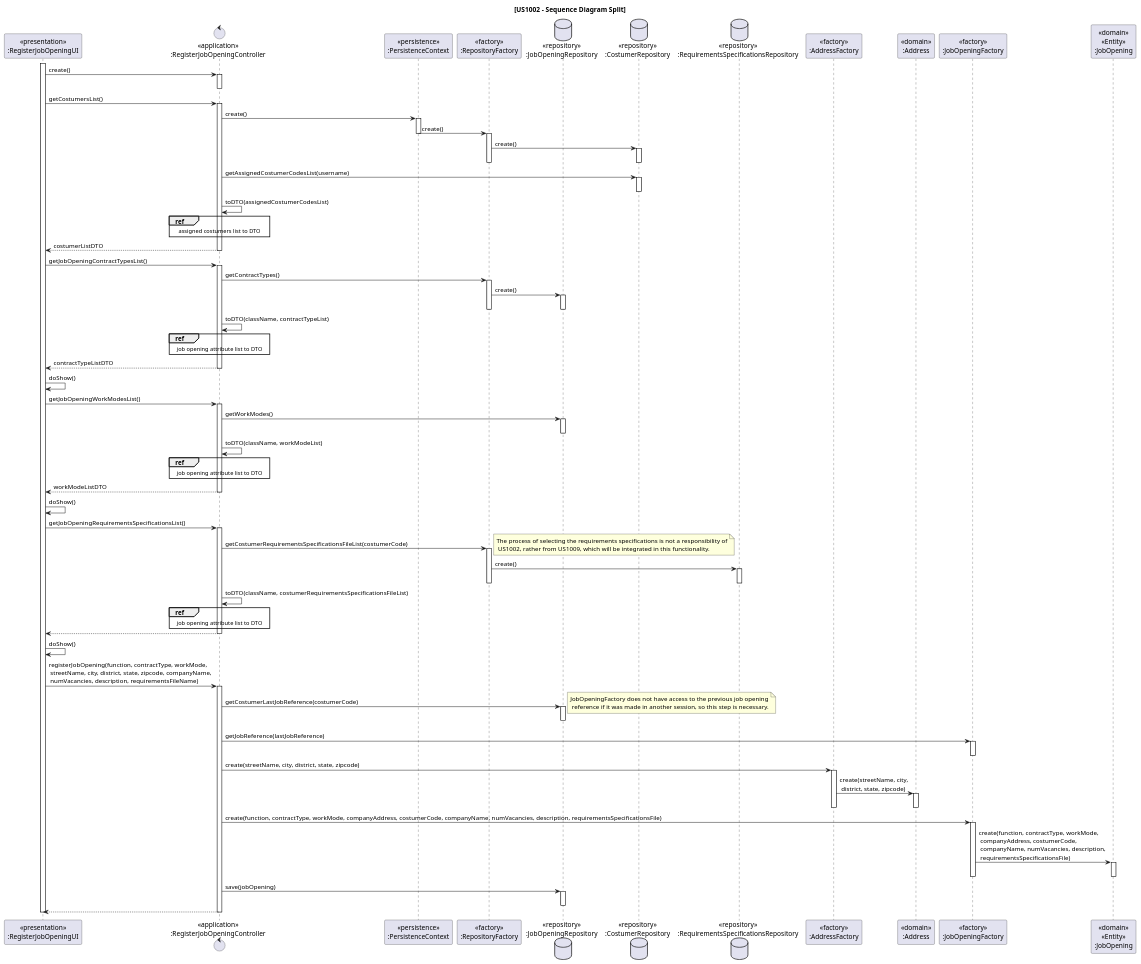
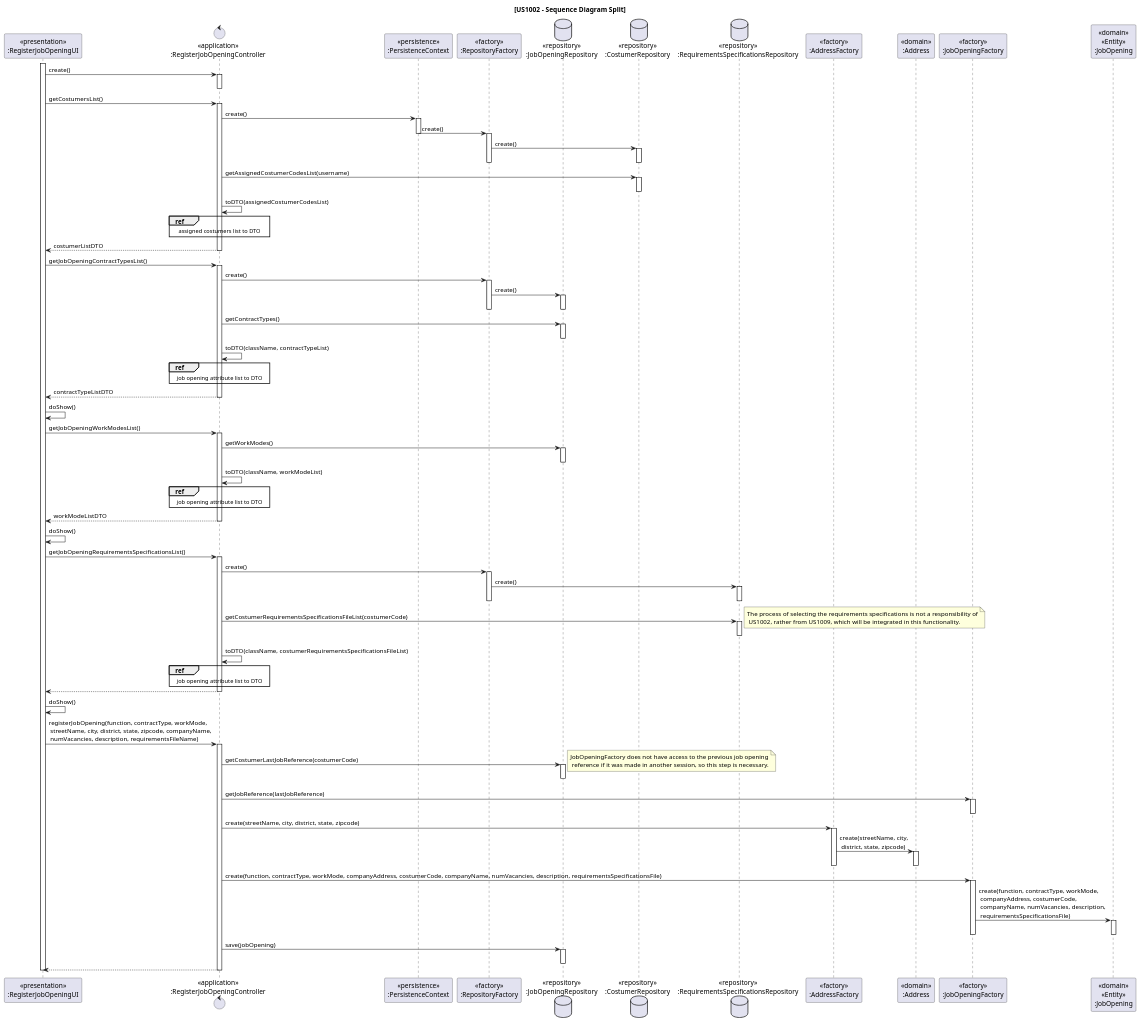
One commit to rita-barbosa/LAPR4-2324 changed the diagram in docs/sb_us_1002/US1002_SD/us1002_sd.puml. Above: the diagram before and after it, drawn with PlantUML. The commit also changed 8 other files, not shown here.

```diff
--- a/docs/sb_us_1002/US1002_SD/us1002_sd.puml
+++ b/docs/sb_us_1002/US1002_SD/us1002_sd.puml
@@ -1,184 +1,188 @@
 @startuml US1002_SD
 
 title [US1002 - Sequence Diagram Split]
 
 participant "<<presentation>>\n:RegisterJobOpeningUI" as UI
 control "<<application>>\n:RegisterJobOpeningController" as CTRL
 participant "<<persistence>>\n:PersistenceContext" as Persistence
 participant "<<factory>>\n:RepositoryFactory" as RepositoryFactory
 database "<<repository>>\n:JobOpeningRepository" as JobOpeningRepository
 database "<<repository>>\n:CostumerRepository" as CostumerRepository
 database "<<repository>>\n:RequirementsSpecificationsRepository" as RequirementsSpecificationsRepository
 participant "<<factory>>\n:AddressFactory" as AddressFactory
 participant "<<domain>>\n:Address" as Address
 participant "<<factory>>\n:JobOpeningFactory" as JobOpeningFactory
 participant "<<domain>>\n<<Entity>>\n:JobOpening" as JobOpening
 
 
 activate UI
 
 UI -> CTRL : create()
 
 activate CTRL
 deactivate CTRL
 
 UI -> CTRL : getCostumersList()
 activate CTRL
 
 CTRL -> Persistence : create()
 
     activate Persistence
 
     Persistence -> RepositoryFactory : create()
     deactivate Persistence
 
     activate RepositoryFactory
 
         RepositoryFactory -> CostumerRepository : create()
         activate CostumerRepository
         deactivate CostumerRepository
 
     deactivate RepositoryFactory
 
     CTRL -> CostumerRepository : getAssignedCostumerCodesList(username)
     activate CostumerRepository
     deactivate CostumerRepository
 
     CTRL -> CTRL : toDTO(assignedCostumerCodesList)
     ref over CTRL
         assigned costumers list to DTO
     end ref
 
     CTRL --> UI : costumerListDTO
 
 deactivate CTRL
 
 UI -> CTRL : getJobOpeningContractTypesList()
 
 'Getting the Contract Type
 activate CTRL
 
 
-   CTRL -> RepositoryFactory : getContractTypes()
+   CTRL -> RepositoryFactory : create()
   activate RepositoryFactory
 
         RepositoryFactory -> JobOpeningRepository : create()
         activate JobOpeningRepository
         deactivate JobOpeningRepository
 
   deactivate RepositoryFactory
 
-
-'    activate JobOpeningRepository
-'    deactivate JobOpeningRepository
+  CTRL -> JobOpeningRepository : getContractTypes()
+    activate JobOpeningRepository
+    deactivate JobOpeningRepository
 
     CTRL -> CTRL : toDTO(className, contractTypeList)
 
     ref over CTRL
         job opening attribute list to DTO
     end ref
 
     CTRL --> UI : contractTypeListDTO
 
 deactivate CTRL
 
 UI -> UI : doShow()
 
 'Getting the Work Mode
 UI -> CTRL : getJobOpeningWorkModesList()
 
 activate CTRL
 
     CTRL -> JobOpeningRepository : getWorkModes()
     activate JobOpeningRepository
     deactivate JobOpeningRepository
 
     CTRL -> CTRL : toDTO(className, workModeList)
     ref over CTRL
         job opening attribute list to DTO
     end ref
 
     CTRL --> UI : workModeListDTO
 
 deactivate CTRL
 
 UI -> UI : doShow()
 
 
 UI -> CTRL : getJobOpeningRequirementsSpecificationsList()
 
 'Getting Costumer ID
 activate CTRL
 
     'Getting the requirements specifications made for specified costumer
-    CTRL -> RepositoryFactory : getCostumerRequirementsSpecificationsFileList(costumerCode)
-    note right: The process of selecting the requirements specifications is not a responsibility of\n US1002, rather from US1009, which will be integrated in this functionality.
+    CTRL -> RepositoryFactory : create()
 
     activate RepositoryFactory
 
     RepositoryFactory -> RequirementsSpecificationsRepository : create()
     activate RequirementsSpecificationsRepository
     deactivate RequirementsSpecificationsRepository
 
     deactivate RepositoryFactory
+
+    CTRL -> RequirementsSpecificationsRepository : getCostumerRequirementsSpecificationsFileList(costumerCode)
+    note right: The process of selecting the requirements specifications is not a responsibility of\n US1002, rather from US1009, which will be integrated in this functionality.
+    activate RequirementsSpecificationsRepository
+    deactivate RequirementsSpecificationsRepository
 
     CTRL -> CTRL : toDTO(className, costumerRequirementsSpecificationsFileList)
     ref over CTRL
         job opening attribute list to DTO
     end ref
 
 
     CTRL --> UI
 
 deactivate CTRL
 
 UI -> UI : doShow()
 
 UI -> CTRL : registerJobOpening(function, contractType, workMode,\n streetName, city, district, state, zipcode, companyName,\n numVacancies, description, requirementsFileName)
 
 'Register a new Job Opening
 activate CTRL
 
     'Generate new job reference (sequential)
     CTRL -> JobOpeningRepository : getCostumerLastJobReference(costumerCode)
     note right: JobOpeningFactory does not have access to the previous job opening\n reference if it was made in another session, so this step is necessary.
     activate JobOpeningRepository
     deactivate JobOpeningRepository
 
     CTRL -> JobOpeningFactory : getJobReference(lastJobReference)
     activate JobOpeningFactory
     deactivate JobOpeningFactory
 
     'Address Encapsulation
     CTRL -> AddressFactory : create(streetName, city, district, state, zipcode)
 
     activate AddressFactory
 
     AddressFactory -> Address : create(streetName, city,\n district, state, zipcode)
     activate Address
     deactivate Address
 
     deactivate AddressFactory
 
     'Job Opening Encapsulation
     CTRL -> JobOpeningFactory : create(function, contractType, workMode, companyAddress, costumerCode, companyName, numVacancies, description, requirementsSpecificationsFile)
 
     activate JobOpeningFactory
 
     JobOpeningFactory -> JobOpening : create(function, contractType, workMode,\n companyAddress, costumerCode,\n companyName, numVacancies, description,\n requirementsSpecificationsFile)
     activate JobOpening
     deactivate JobOpening
 
     deactivate JobOpeningFactory
 
     CTRL -> JobOpeningRepository : save(jobOpening)
     activate JobOpeningRepository
     deactivate JobOpeningRepository
 
     CTRL --> UI
 
 deactivate CTRL
 
 deactivate UI
 
 @enduml
```
